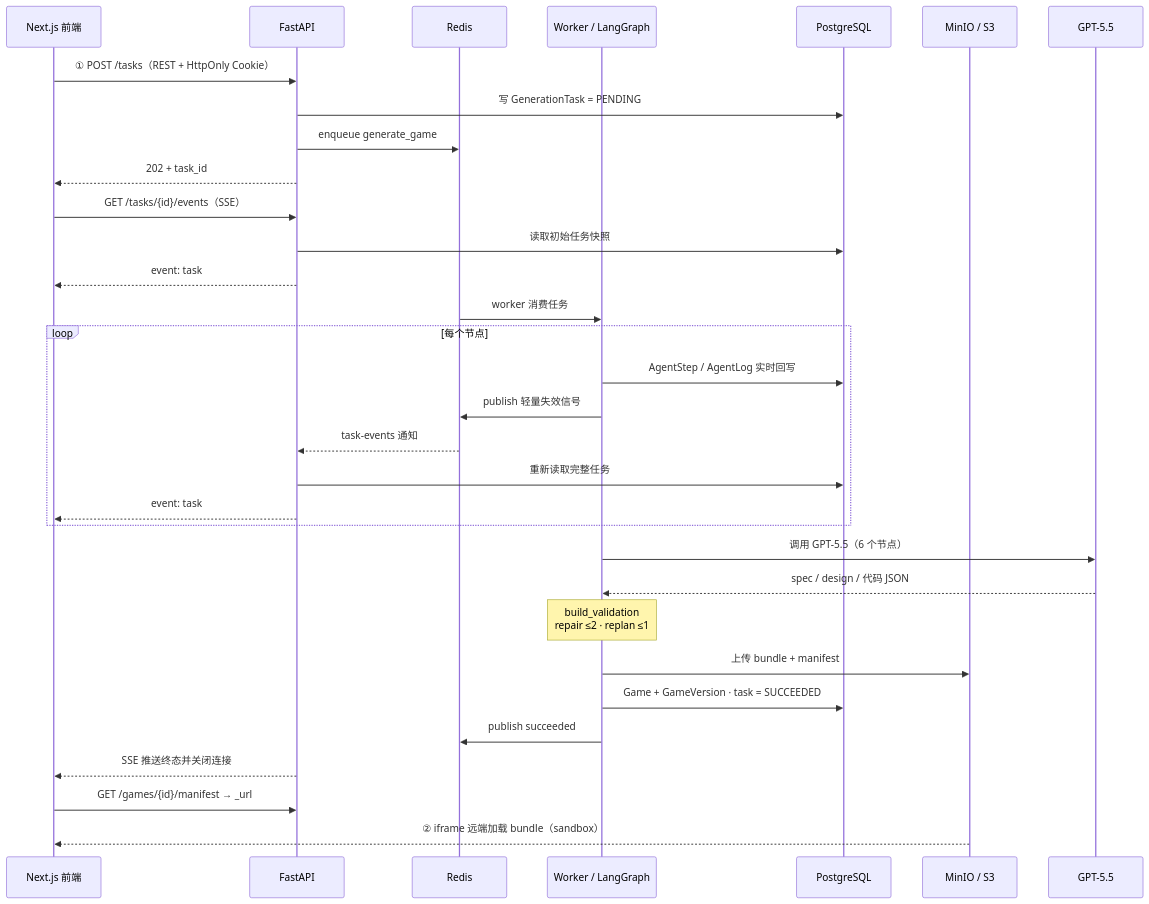
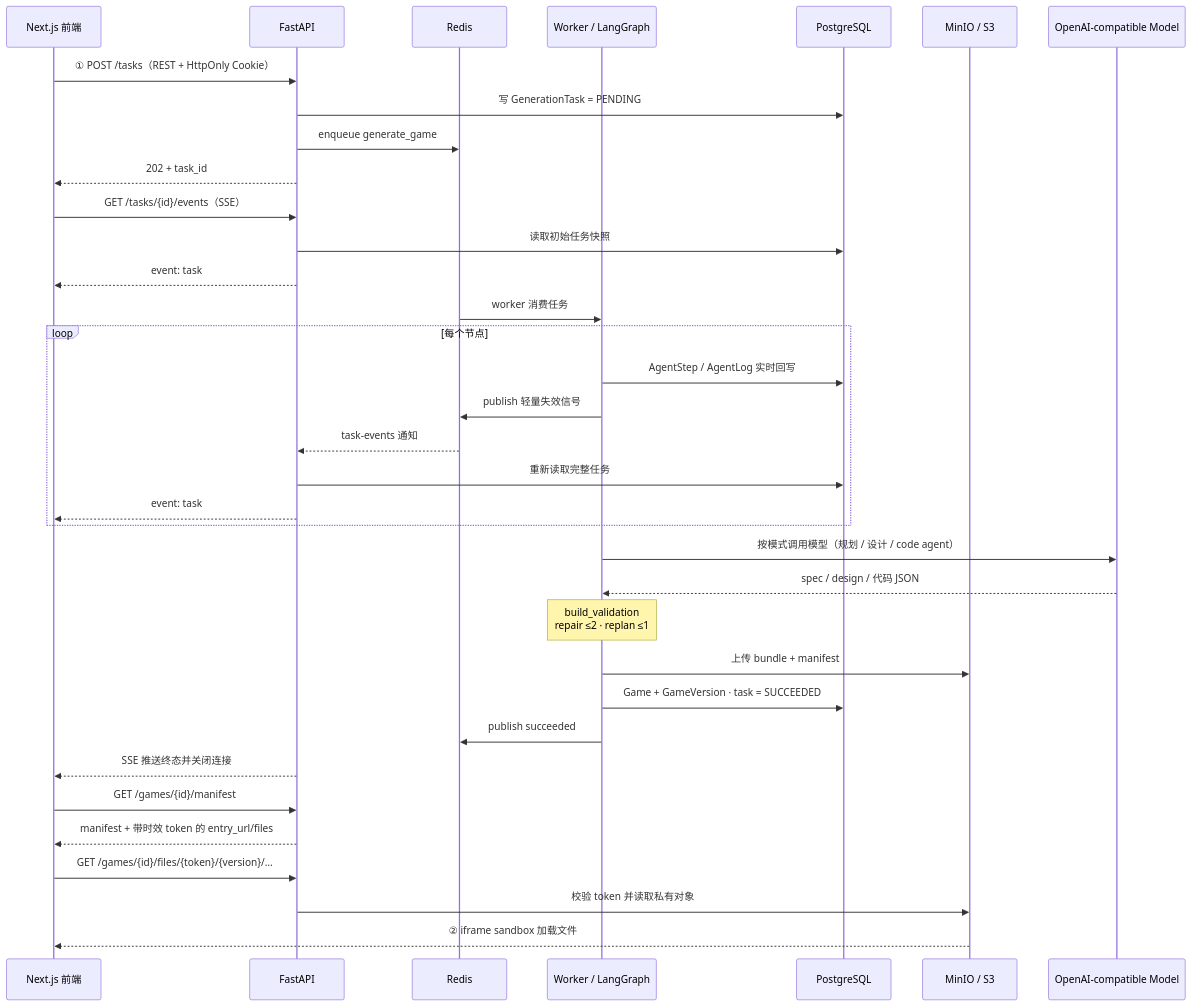
The diagram in docs/系统架构流程讲解.md (charlie11sun-netizen/yahaha), drawn with Mermaid before and after one commit. The commit also changed other lines of this file and 67 other files, not shown here.

````diff
--- a/docs/系统架构流程讲解.md
+++ b/docs/系统架构流程讲解.md
@@ -33,34 +34,37 @@
 ```mermaid
 sequenceDiagram
     participant FE as Next.js 前端
     participant API as FastAPI
     participant R as Redis
     participant W as Worker / LangGraph
     participant PG as PostgreSQL
     participant S3 as MinIO / S3
-    participant M as GPT-5.5
+    participant M as OpenAI-compatible Model
     FE->>API: ① POST /tasks（REST + HttpOnly Cookie）
     API->>PG: 写 GenerationTask = PENDING
     API->>R: enqueue generate_game
     API-->>FE: 202 + task_id
     FE->>API: GET /tasks/{id}/events（SSE）
     API->>PG: 读取初始任务快照
     API-->>FE: event: task
     R->>W: worker 消费任务
     loop 每个节点
         W->>PG: AgentStep / AgentLog 实时回写
         W->>R: publish 轻量失效信号
         R-->>API: task-events 通知
         API->>PG: 重新读取完整任务
         API-->>FE: event: task
     end
-    W->>M: 调用 GPT-5.5（6 个节点）
+    W->>M: 按模式调用模型（规划 / 设计 / code agent）
     M-->>W: spec / design / 代码 JSON
     Note over W: build_validation<br/>repair ≤2 · replan ≤1
     W->>S3: 上传 bundle + manifest
     W->>PG: Game + GameVersion · task = SUCCEEDED
     W->>R: publish succeeded
     API-->>FE: SSE 推送终态并关闭连接
-    FE->>API: GET /games/{id}/manifest → _url
-    S3-->>FE: ② iframe 远端加载 bundle（sandbox）
+    FE->>API: GET /games/{id}/manifest
+    API-->>FE: manifest + 带时效 token 的 entry_url/files
+    FE->>API: GET /games/{id}/files/{token}/{version}/…
+    API->>S3: 校验 token 并读取私有对象
+    S3-->>FE: ② iframe sandbox 加载文件
 ```
````
